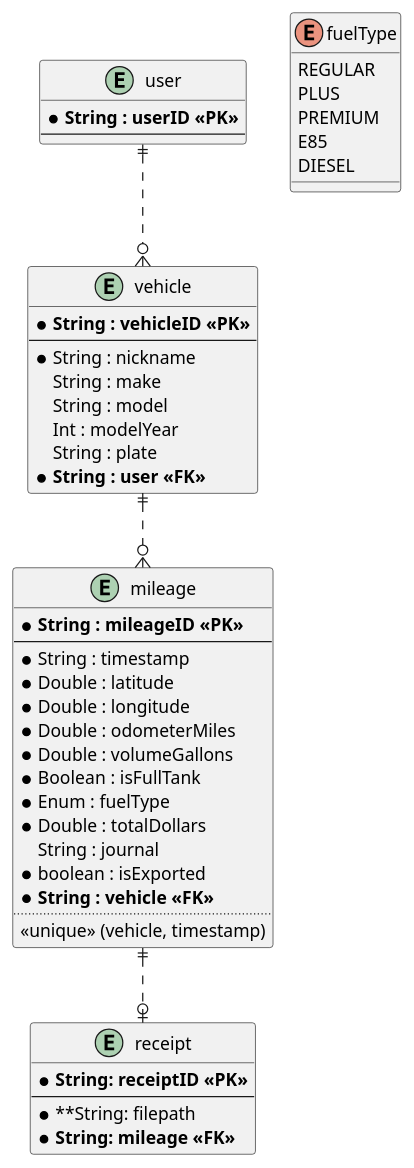
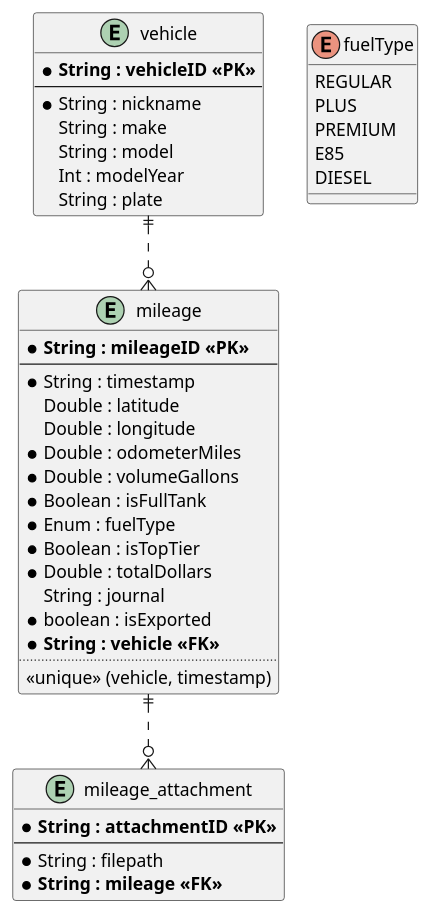
Before and after one commit to officialBeebe/FuelBuddy: the diagram in diagrams/erd.puml, drawn with PlantUML. The commit also changed 3 other files, not shown here.

Commit message:
Update README & diagrams (we're getting close :D)

```diff
--- a/diagrams/erd.puml
+++ b/diagrams/erd.puml
@@ -1,58 +1,51 @@
 @startuml
-
-entity "user" as u {
-        * **String : userID <<PK>>**
-        --
-}
-
 
 entity "vehicle" as v {
         * **String : vehicleID <<PK>>**
         --
         * String : nickname
         String : make
         String : model
         Int : modelYear
         String : plate
-        * **String : user <<FK>>**
 }
 
 
 entity "mileage" as m {
         * **String : mileageID <<PK>>**
         --
         * String : timestamp
-        * Double : latitude
-        * Double : longitude
+        Double : latitude
+        Double : longitude
         * Double : odometerMiles
         * Double : volumeGallons
         * Boolean : isFullTank
         * Enum : fuelType
+        * Boolean : isTopTier
         * Double : totalDollars
         String : journal
         * boolean : isExported
         * **String : vehicle <<FK>>**
         ..
         <<unique>> (vehicle, timestamp)
 }
 
-entity "receipt" as mr {
-        * **String: receiptID <<PK>>**
+entity "mileage_attachment" as ma {
+        * **String : attachmentID <<PK>>**
         --
-        * **String: filepath
-        * **String: mileage <<FK>>**
+        * String : filepath
+        * **String : mileage <<FK>>**
 }
 
 enum "fuelType" as ft {
         REGULAR
         PLUS
         PREMIUM
         E85
         DIESEL
 }
 
-u ||..o{ v
 v ||..o{ m
-m ||..o| mr
+m ||..o{ ma
 
 @enduml
```
